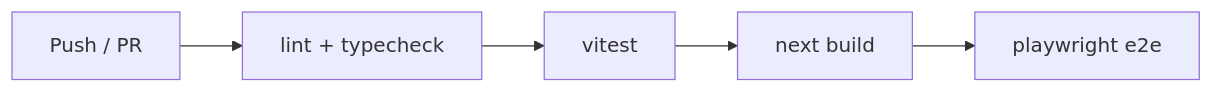
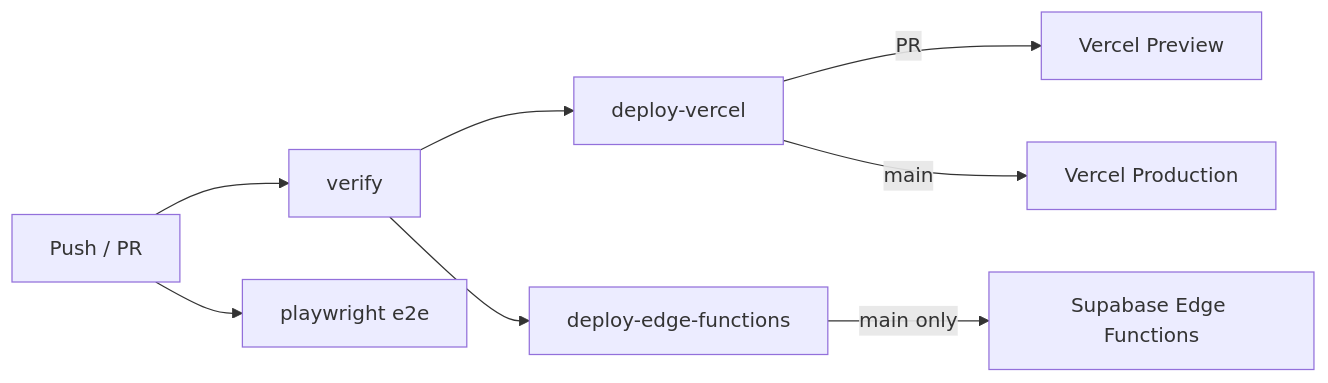
Diagram 13 of 15 in ARCHITECTURE.md (lcorbitt/cordial), drawn with Mermaid before and after one commit. The commit also changed other lines of this file and 6 other files, not shown here.

Commit message:
Gate deploy on verify

````diff
--- a/ARCHITECTURE.md
+++ b/ARCHITECTURE.md
@@ -940,7 +940,10 @@
 ```mermaid
 flowchart LR
-    PUSH[Push / PR] --> LINT[lint + typecheck]
-    LINT --> TEST[vitest]
-    TEST --> BUILD[next build]
-    BUILD --> E2E[playwright e2e]
+    PUSH[Push / PR] --> VERIFY[verify]
+    PUSH --> E2E[playwright e2e]
+    VERIFY --> DEPLOY_V[deploy-vercel]
+    VERIFY --> DEPLOY_E[deploy-edge-functions]
+    DEPLOY_V -->|"PR"| PREVIEW[Vercel Preview]
+    DEPLOY_V -->|"main"| VERCEL_PROD[Vercel Production]
+    DEPLOY_E -->|"main only"| EDGE[Supabase Edge Functions]
 ```
````
